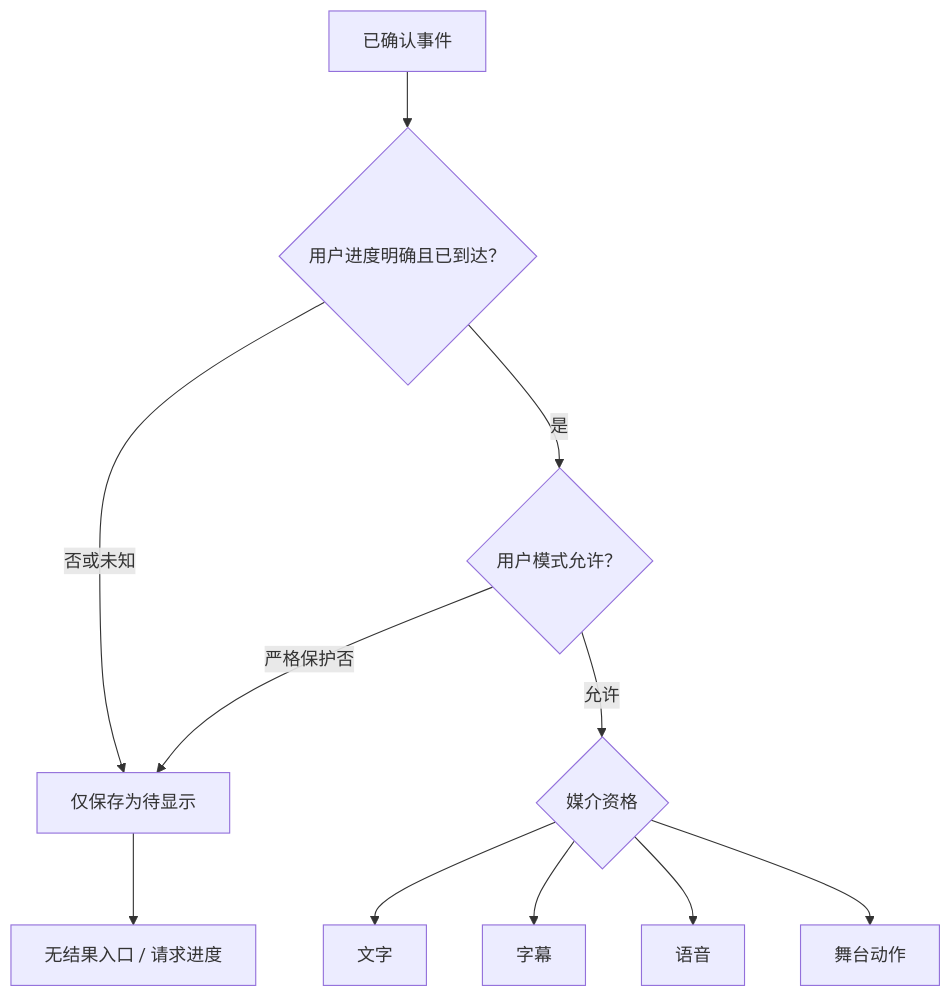
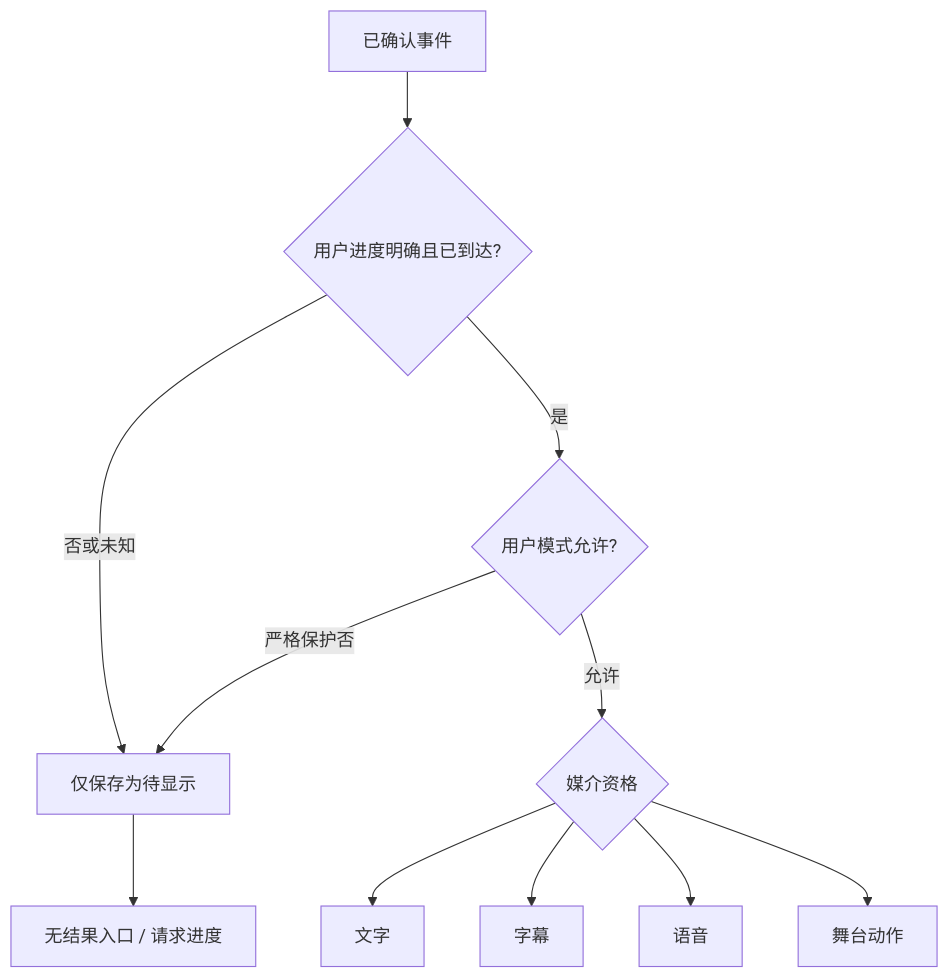
One commit to weiz98417-crypto/qiuqiu changed the fifth of 16 diagrams in docs/球球全套资料/4.产品设计/44-关键技术POC与方案选型.md. Above: the diagram before and after it, drawn with Mermaid. The commit also changed other lines of this file and 49 other files, not shown here.

````diff
--- a/docs/球球全套资料/4.产品设计/44-关键技术POC与方案选型.md
+++ b/docs/球球全套资料/4.产品设计/44-关键技术POC与方案选型.md
@@ -87,13 +88,13 @@
 ```mermaid
 flowchart TD
-    A[已确认事件] --> B{用户进度明确且已到达？}
+    A[已确认事件] --> B{用户进度明确且已到达?}
     B -->|否或未知| C[仅保存为待显示]
-    B -->|是| D{用户模式允许？}
+    B -->|是| D{用户模式允许?}
     D -->|严格保护否| C
     D -->|允许| E{媒介资格}
     E --> F[文字]
     E --> G[字幕]
     E --> H[语音]
     E --> I[舞台动作]
     C --> J[无结果入口 / 请求进度]
 ```
````
